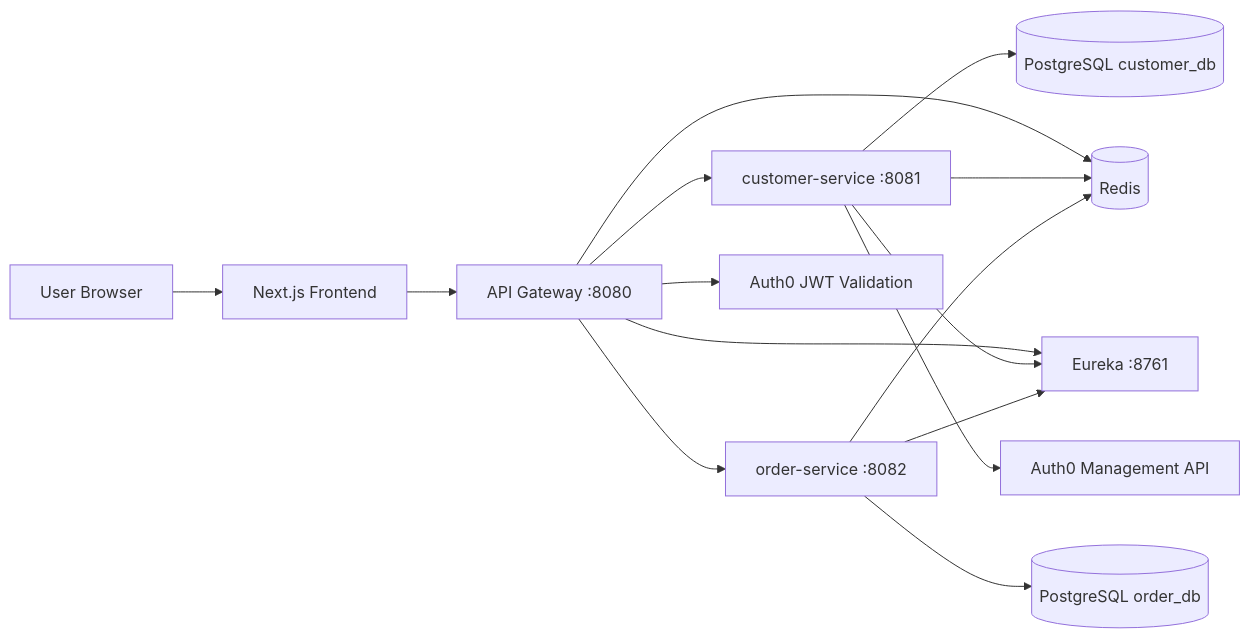
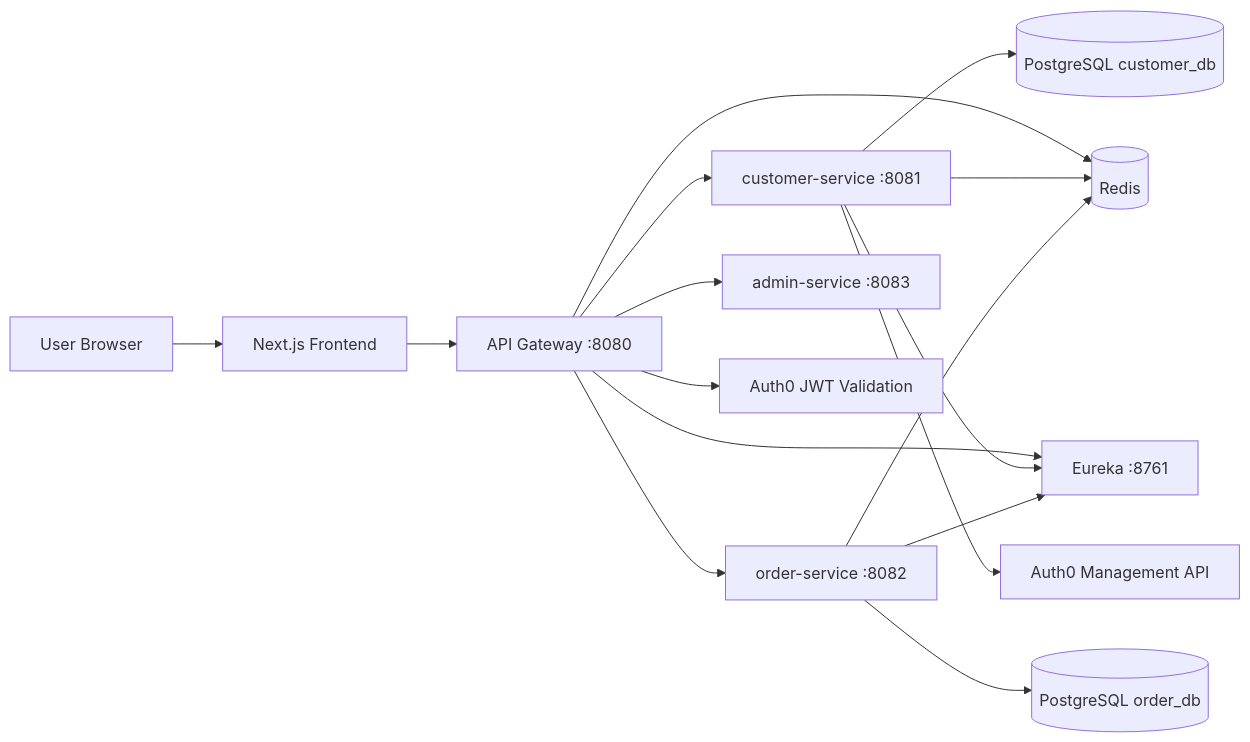
One commit to rumalg123/SpringBoot-Microservice changed the first of 2 diagrams in README.md. Above: the diagram before and after it, drawn with Mermaid. The commit also changed other lines of this file and 36 other files, not shown here.

Commit message:
Add admin service

````diff
--- a/README.md
+++ b/README.md
@@ -7,17 +7,18 @@
 ```mermaid
 flowchart LR
     U[User Browser] --> F[Next.js Frontend]
     F --> G[API Gateway :8080]
     G --> C[customer-service :8081]
     G --> O[order-service :8082]
+    G --> AD[admin-service :8083]
     C --> P1[(PostgreSQL customer_db)]
     O --> P2[(PostgreSQL order_db)]
     G --> R[(Redis)]
     C --> R
     O --> R
     G --> E[Eureka :8761]
     C --> E
     O --> E
     G --> A[Auth0 JWT Validation]
     C --> A2[Auth0 Management API]
 ```
````
